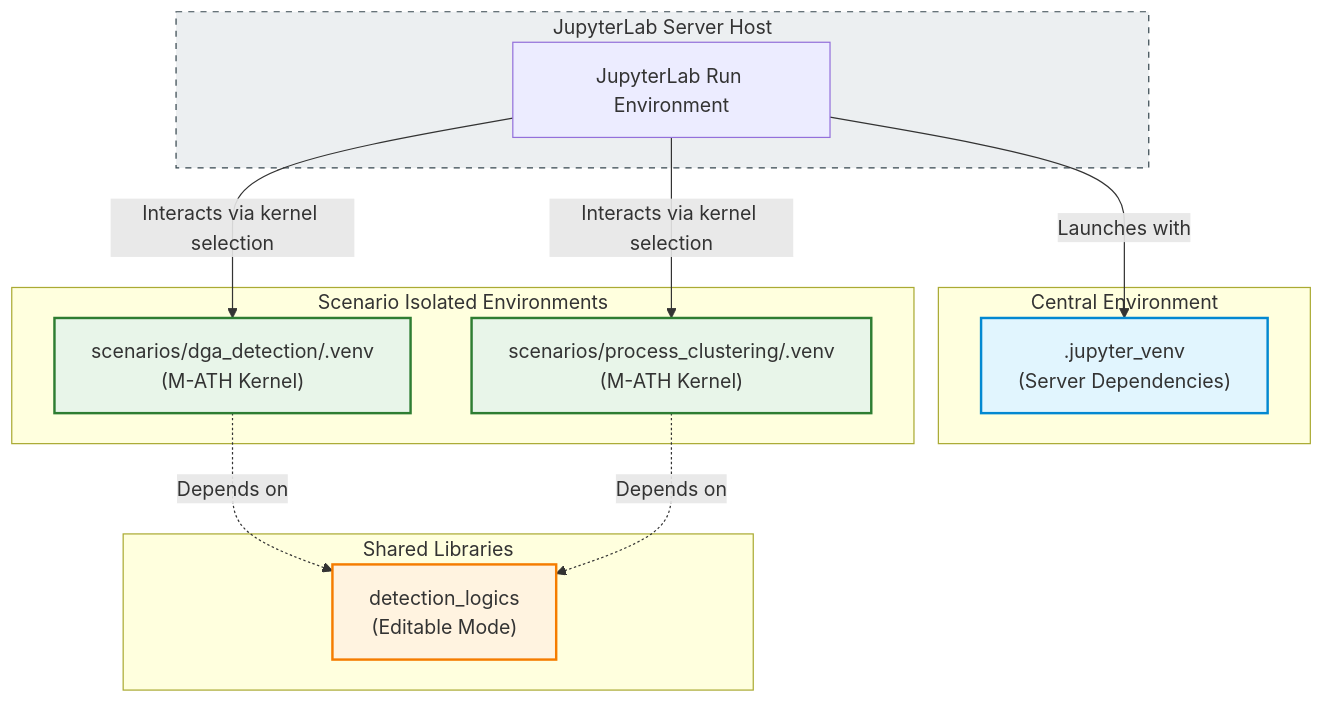
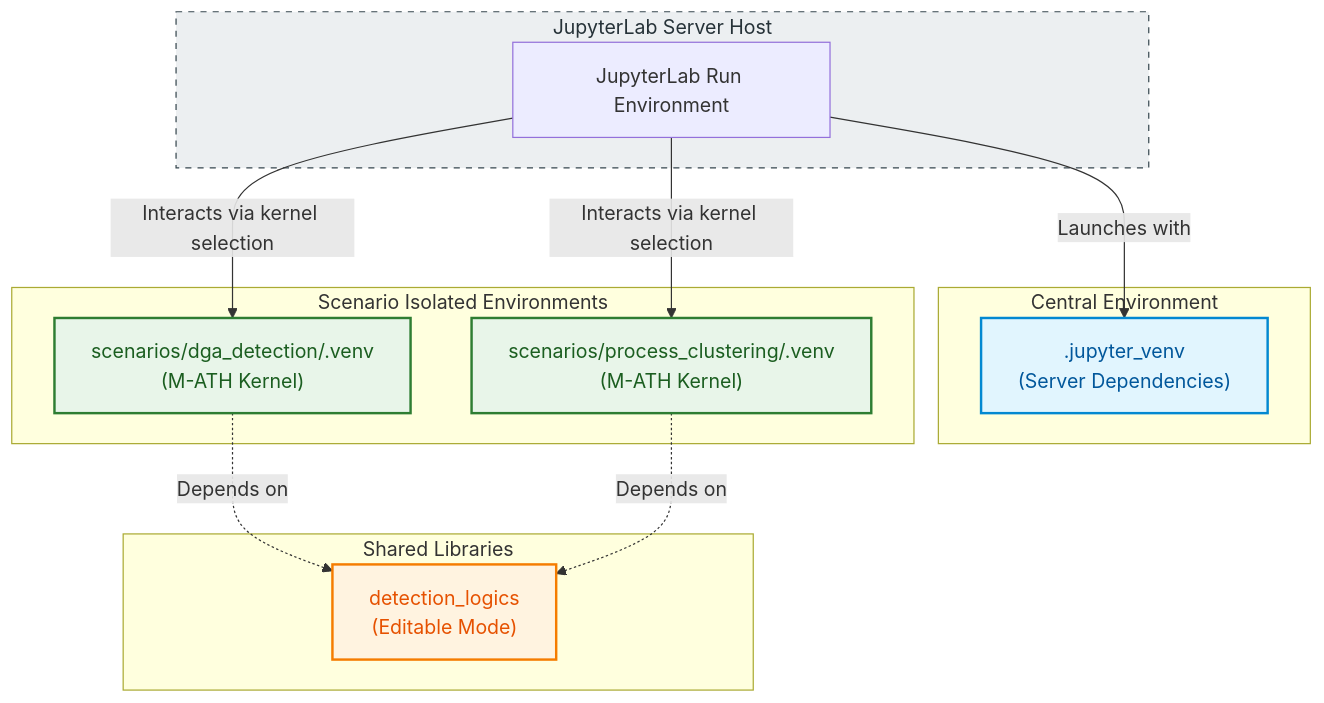
Before and after one commit to Cyber-Threat-Hunting-Playground/m-ath-threat-hunting-catalog: the diagram in docs/development.md, drawn with Mermaid. The commit also changed 1 other file, not shown here.

Commit message:
docs: add development guide and update Mermaid chart styling in README

````diff
--- a/docs/development.md
+++ b/docs/development.md
@@ -7,33 +7,33 @@
 ```mermaid
 graph TD
-    classDef hostStyle fill:#ECEFF1,stroke:#37474F,stroke-dasharray: 5 5;
-    classDef venvStyle fill:#E1F5FE,stroke:#0288D1,stroke-width:2px;
-    classDef kernelStyle fill:#E8F5E9,stroke:#2E7D32,stroke-width:2px;
-    classDef libStyle fill:#FFF3E0,stroke:#F57C00,stroke-width:2px;
+    classDef hostStyle fill:#ECEFF1,stroke:#37474F,stroke-dasharray: 5 5,color:#263238;
+    classDef venvStyle fill:#E1F5FE,stroke:#0288D1,stroke-width:2px,color:#01579B;
+    classDef kernelStyle fill:#E8F5E9,stroke:#2E7D32,stroke-width:2px,color:#1B5E20;
+    classDef libStyle fill:#FFF3E0,stroke:#F57C00,stroke-width:2px,color:#E65100;
 
     subgraph Host ["JupyterLab Server Host"]
         JL[JupyterLab Run Environment]
     end
 
     subgraph Central ["Central Environment"]
         V1[".jupyter_venv<br>(Server Dependencies)"]:::venvStyle
     end
 
     subgraph Kernels ["Scenario Isolated Environments"]
         V2["scenarios/dga_detection/.venv<br>(M-ATH Kernel)"]:::kernelStyle
         V3["scenarios/process_clustering/.venv<br>(M-ATH Kernel)"]:::kernelStyle
     end
 
     subgraph Shared ["Shared Libraries"]
         DL["detection_logics<br>(Editable Mode)"]:::libStyle
     end
 
     JL -->|Launches with| V1
     JL -->|Interacts via kernel selection| V2
     JL -->|Interacts via kernel selection| V3
     
     V2 -.->|Depends on| DL
     V3 -.->|Depends on| DL
 
     class Host hostStyle;
 ```
````
